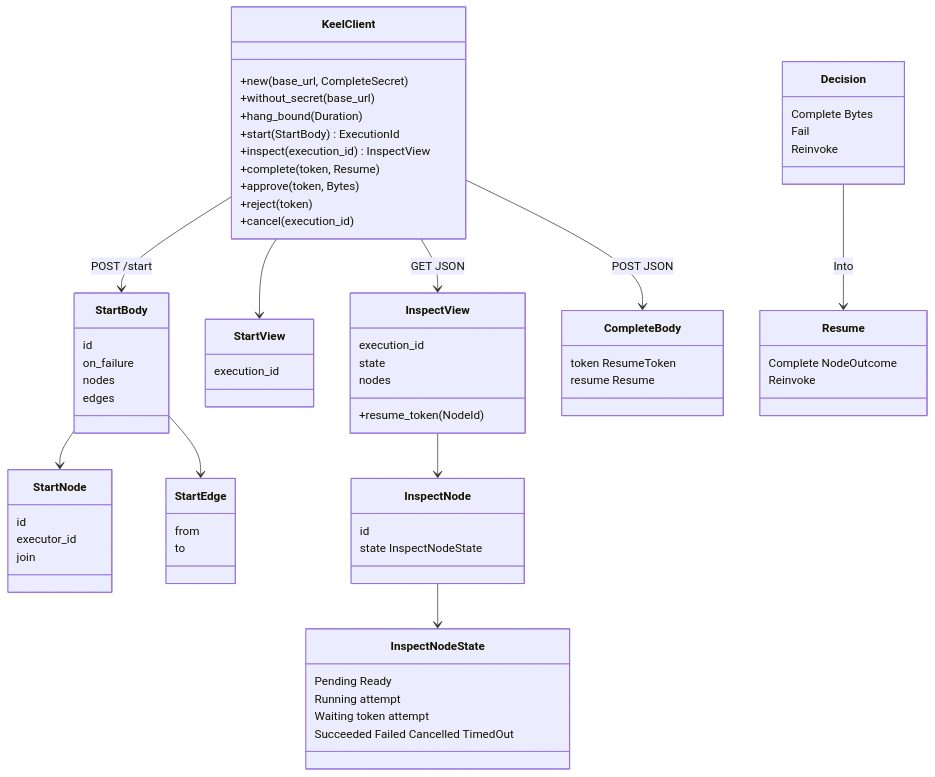
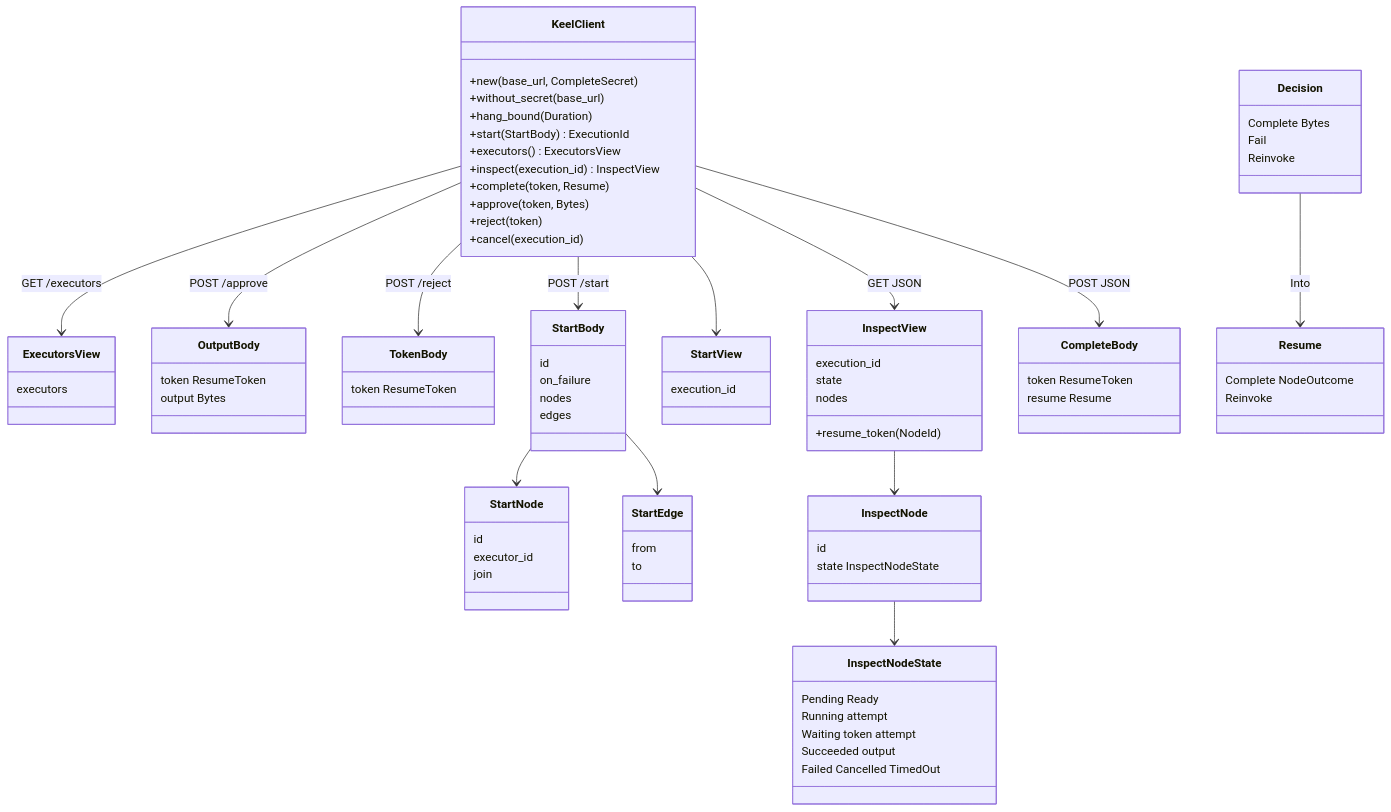
The third of 5 diagrams in docs/ARCHITECTURE.md (nessalabs/keel-rt), drawn with Mermaid before and after one commit. The commit also changed other lines of this file and 11 other files, not shown here.

First line of the commit message:
feat: name missing executors, catalog, Succeeded output, /approve

````diff
--- a/docs/ARCHITECTURE.md
+++ b/docs/ARCHITECTURE.md
@@ -143,11 +153,22 @@
     +without_secret(base_url)
     +hang_bound(Duration)
     +start(StartBody) ExecutionId
+    +executors() ExecutorsView
     +inspect(execution_id) InspectView
     +complete(token, Resume)
     +approve(token, Bytes)
     +reject(token)
     +cancel(execution_id)
+  }
+  class ExecutorsView {
+    executors
+  }
+  class OutputBody {
+    token ResumeToken
+    output Bytes
+  }
+  class TokenBody {
+    token ResumeToken
   }
   class StartBody {
     id
@@ -181,7 +202,8 @@
     Pending Ready
     Running attempt
     Waiting token attempt
-    Succeeded Failed Cancelled TimedOut
+    Succeeded output
+    Failed Cancelled TimedOut
   }
   class Decision {
     Complete Bytes
@@ -205,4 +227,7 @@
   InspectView --> InspectNode
   InspectNode --> InspectNodeState
   KeelClient --> CompleteBody : POST JSON
+  KeelClient --> ExecutorsView : GET /executors
+  KeelClient --> OutputBody : POST /approve
+  KeelClient --> TokenBody : POST /reject
 ```
````
